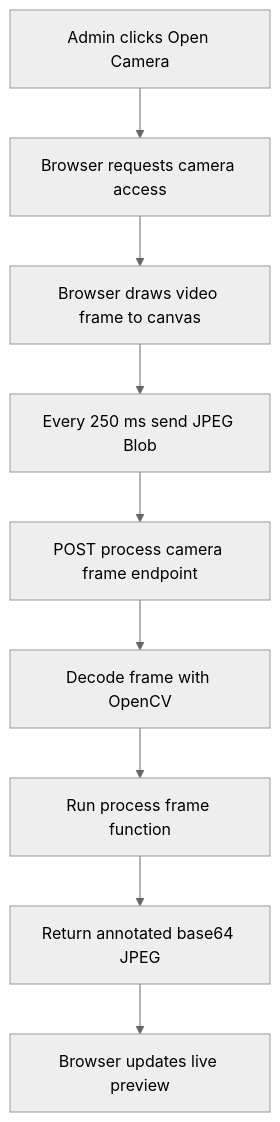
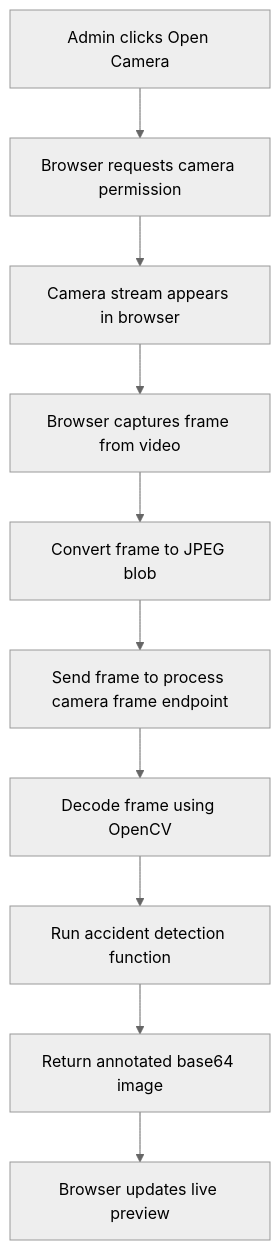
One commit to Amal-K-Alharbi/Accident changed the fifth of 6 diagrams in README.md. Above: the diagram before and after it, drawn with Mermaid (neutral theme). The commit also changed other lines of this file, not shown here.

````diff
--- a/README.md
+++ b/README.md
@@ -175,11 +196,12 @@
 ```mermaid
 flowchart TD
-    A[Admin clicks Open Camera] --> B[Browser requests camera access]
-    B --> C[Browser draws video frame to canvas]
-    C --> D[Every 250 ms send JPEG Blob]
-    D --> E[POST process camera frame endpoint]
-    E --> F[Decode frame with OpenCV]
-    F --> G[Run process frame function]
-    G --> H[Return annotated base64 JPEG]
-    H --> I[Browser updates live preview]
+    A[Admin clicks Open Camera] --> B[Browser requests camera permission]
+    B --> C[Camera stream appears in browser]
+    C --> D[Browser captures frame from video]
+    D --> E[Convert frame to JPEG blob]
+    E --> F[Send frame to process camera frame endpoint]
+    F --> G[Decode frame using OpenCV]
+    G --> H[Run accident detection function]
+    H --> I[Return annotated base64 image]
+    I --> J[Browser updates live preview]
 ```
````
